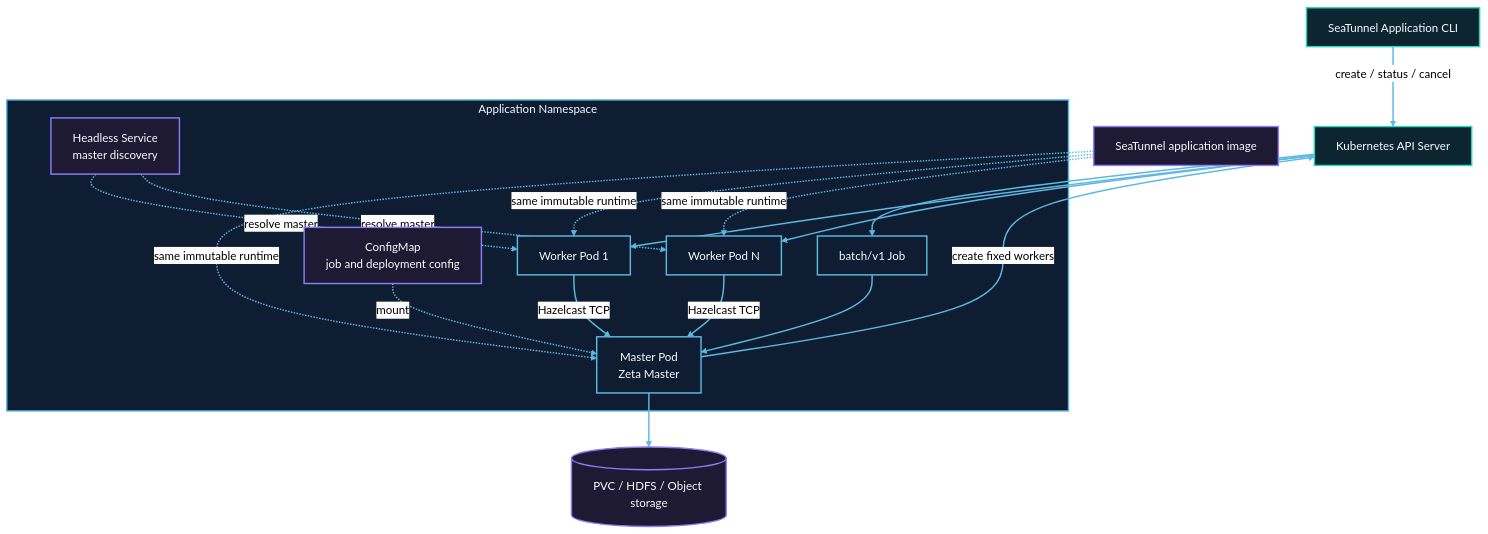
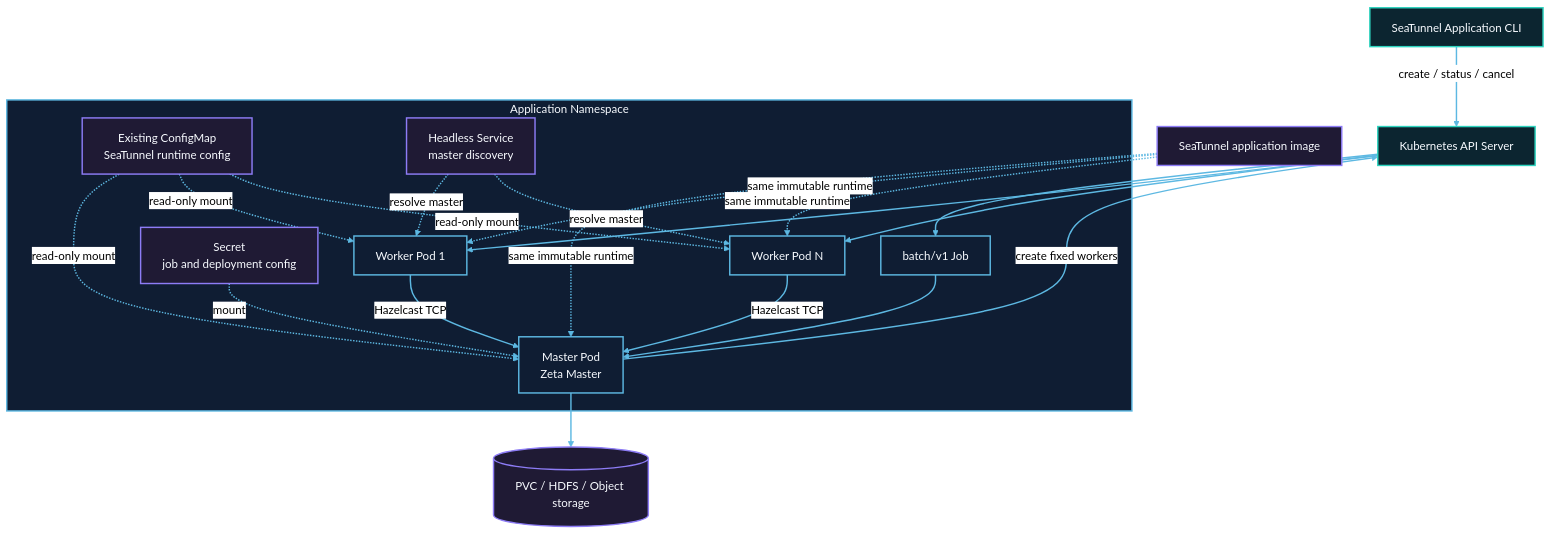
One commit to apache/seatunnel changed the diagram in docs/en/application/kubernetes/architecture.md. Above: the diagram before and after it, drawn with Mermaid (neutral theme). The commit also changed other lines of this file and 78 other files, not shown here.

````diff
--- a/docs/en/application/kubernetes/architecture.md
+++ b/docs/en/application/kubernetes/architecture.md
@@ -10,40 +10,44 @@
 ```mermaid
 flowchart TB
   client["SeaTunnel Application CLI"]
   api["Kubernetes API Server"]
   image["SeaTunnel application image"]
   checkpoint[("PVC / HDFS / Object storage")]
 
   subgraph ns["Application Namespace"]
     job["batch/v1 Job"]
-    config["ConfigMap<br/>job and deployment config"]
+    config["Secret<br/>job and deployment config"]
+    runtimeConfig["Existing ConfigMap<br/>SeaTunnel runtime config"]
     service["Headless Service<br/>master discovery"]
     master["Master Pod<br/>Zeta Master"]
     worker1["Worker Pod 1"]
     workerN["Worker Pod N"]
   end
 
   client -->|create / status / cancel| api
   api --> job
   job --> master
   config -. mount .-> master
+  runtimeConfig -. read-only mount .-> master
+  runtimeConfig -. read-only mount .-> worker1
+  runtimeConfig -. read-only mount .-> workerN
   service -. resolve master .-> worker1
   service -. resolve master .-> workerN
   master -->|create fixed workers| api
   api --> worker1
   api --> workerN
   image -. same immutable runtime .-> master
   image -. same immutable runtime .-> worker1
   image -. same immutable runtime .-> workerN
   worker1 -->|Hazelcast TCP| master
   workerN -->|Hazelcast TCP| master
   master --> checkpoint
 
   classDef layerBlue fill:#0f1d33,stroke:#5db8e2,stroke-width:2px,color:#f8fbff;
   classDef layerCyan fill:#0c2530,stroke:#2dd4bf,stroke-width:2px,color:#f8fbff;
   classDef layerPurple fill:#1f1a34,stroke:#8d7cf6,stroke-width:2px,color:#f8fbff;
   class client,api layerCyan;
   class ns,job,master,worker1,workerN layerBlue;
-  class config,service,image,checkpoint layerPurple;
+  class config,runtimeConfig,service,image,checkpoint layerPurple;
   linkStyle default stroke:#5db8e2,stroke-width:2px;
 ```
````
